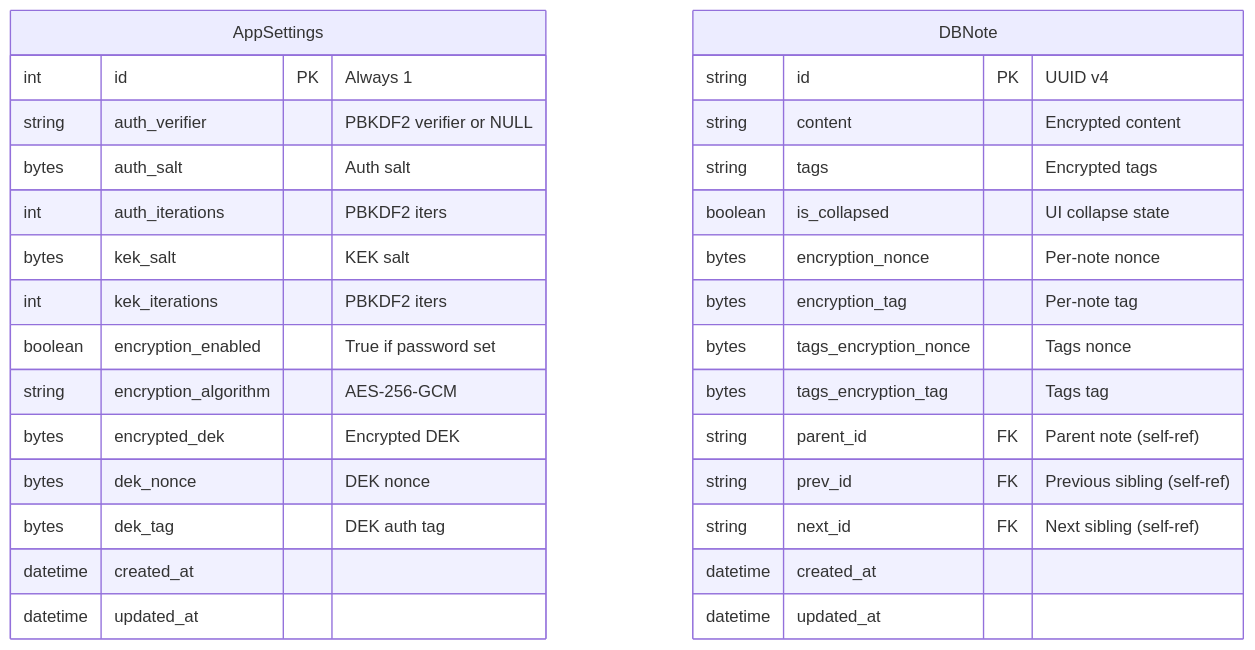
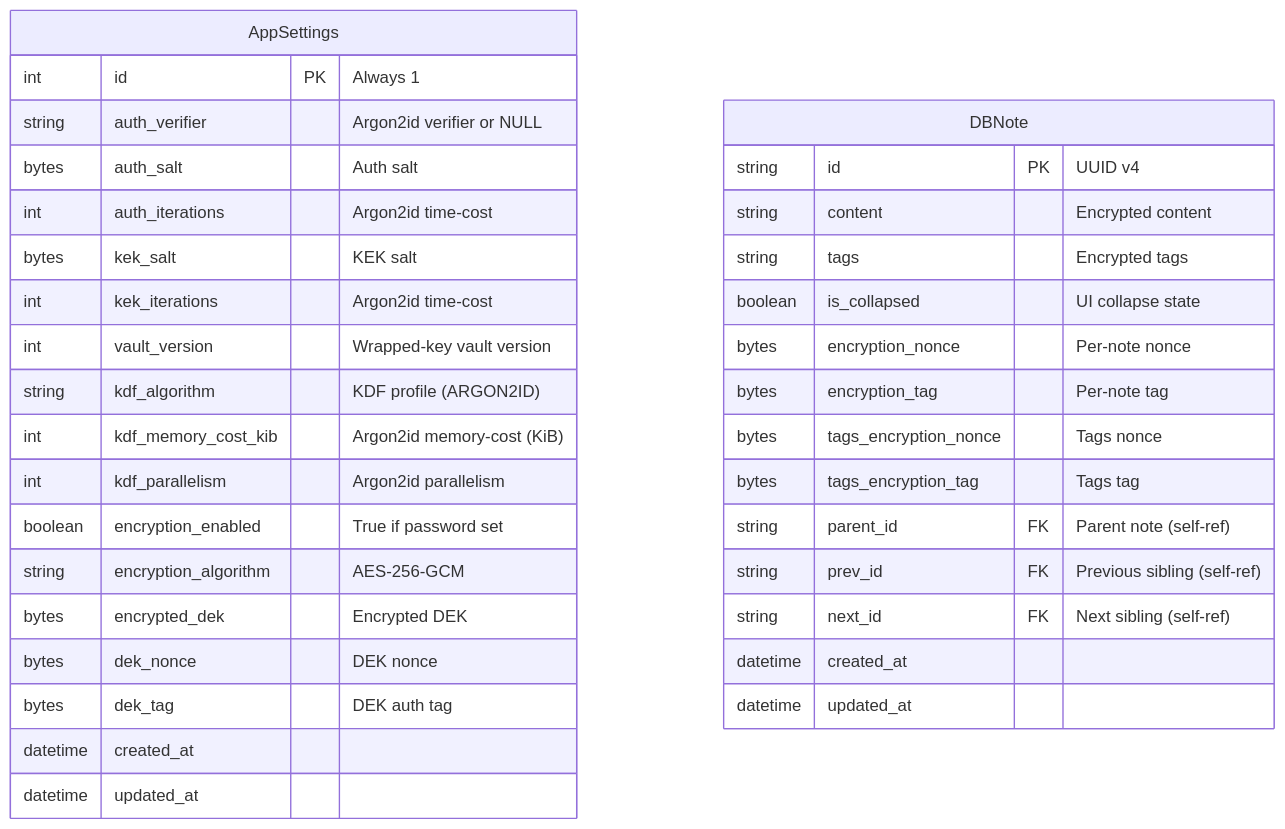
Before and after one commit to evolvingstuff/metalist: the diagram in docs/diagrams/database-schema.md, drawn with Mermaid. The commit also changed 21 other files, not shown here.

Commit message:
Harden crypto with Argon2id vault metadata and runtime safeguards

````diff
--- a/docs/diagrams/database-schema.md
+++ b/docs/diagrams/database-schema.md
@@ -5,34 +5,38 @@
 ```mermaid
 erDiagram
     AppSettings {
         int id PK "Always 1"
-        string auth_verifier "PBKDF2 verifier or NULL"
+        string auth_verifier "Argon2id verifier or NULL"
         bytes auth_salt "Auth salt"
-        int auth_iterations "PBKDF2 iters"
+        int auth_iterations "Argon2id time-cost"
         bytes kek_salt "KEK salt"
-        int kek_iterations "PBKDF2 iters"
+        int kek_iterations "Argon2id time-cost"
+        int vault_version "Wrapped-key vault version"
+        string kdf_algorithm "KDF profile (ARGON2ID)"
+        int kdf_memory_cost_kib "Argon2id memory-cost (KiB)"
+        int kdf_parallelism "Argon2id parallelism"
         boolean encryption_enabled "True if password set"
         string encryption_algorithm "AES-256-GCM"
         bytes encrypted_dek "Encrypted DEK"
         bytes dek_nonce "DEK nonce"
         bytes dek_tag "DEK auth tag"
         datetime created_at
         datetime updated_at
     }
     
     DBNote {
         string id PK "UUID v4"
         string content "Encrypted content"
         string tags "Encrypted tags"
         boolean is_collapsed "UI collapse state"
         bytes encryption_nonce "Per-note nonce"
         bytes encryption_tag "Per-note tag"
         bytes tags_encryption_nonce "Tags nonce"
         bytes tags_encryption_tag "Tags tag"
         string parent_id FK "Parent note (self-ref)"
         string prev_id FK "Previous sibling (self-ref)"
         string next_id FK "Next sibling (self-ref)"
         datetime created_at
         datetime updated_at
     }
 ```
````
